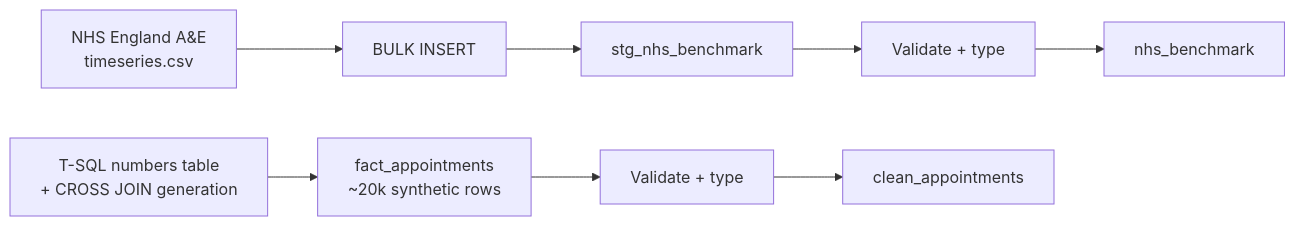
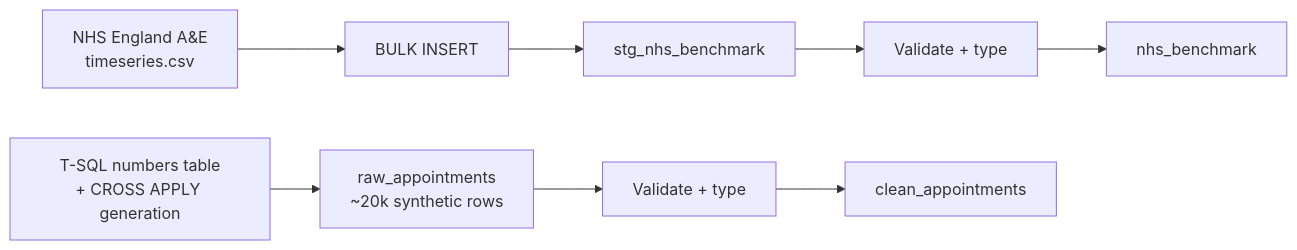
Before and after one commit to anhubsch/powerbi-sql: the diagram in labs/healthcare/01-sql-cleanup.md, drawn with Mermaid. The commit also changed other lines of this file and 7 other files, not shown here.

Commit message:
Fix bugs found in audit: random-generation percentage bug, broken cross-references, diagram mislabels, redundant DAX, stale README

````diff
--- a/labs/healthcare/01-sql-cleanup.md
+++ b/labs/healthcare/01-sql-cleanup.md
@@ -57,10 +57,10 @@
 ```mermaid
 flowchart LR
-    A[T-SQL numbers table<br/>+ CROSS JOIN generation] --> B[fact_appointments<br/>~20k synthetic rows]
+    A[T-SQL numbers table<br/>+ CROSS APPLY generation] --> B[raw_appointments<br/>~20k synthetic rows]
     C[NHS England A&E<br/>timeseries.csv] --> D[BULK INSERT]
     D --> E[stg_nhs_benchmark]
     E --> F[Validate + type]
     F --> G[nhs_benchmark]
     B --> H[Validate + type]
     H --> I[clean_appointments]
 ```
````
